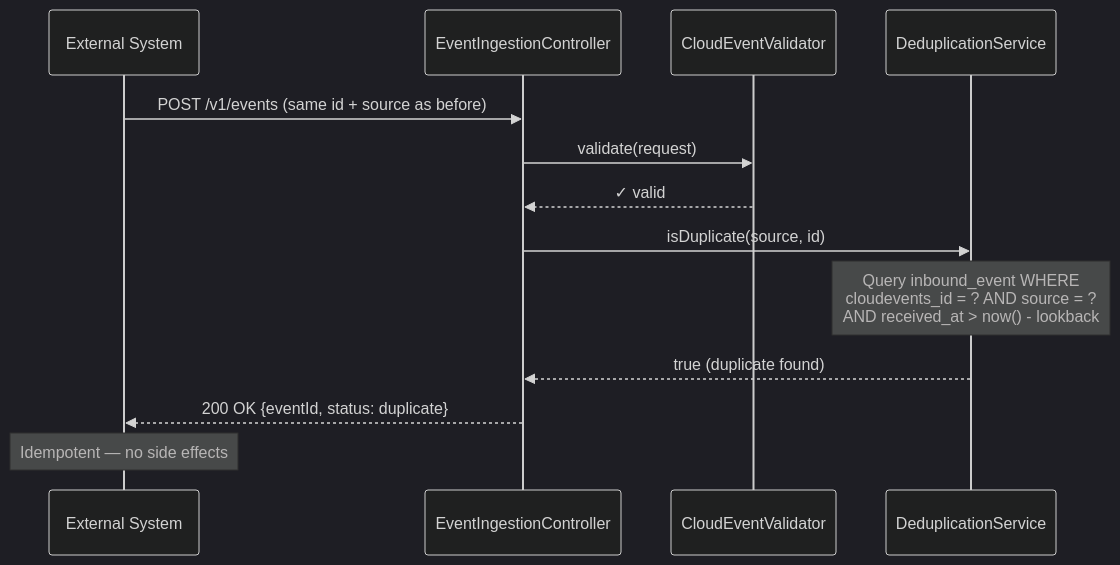
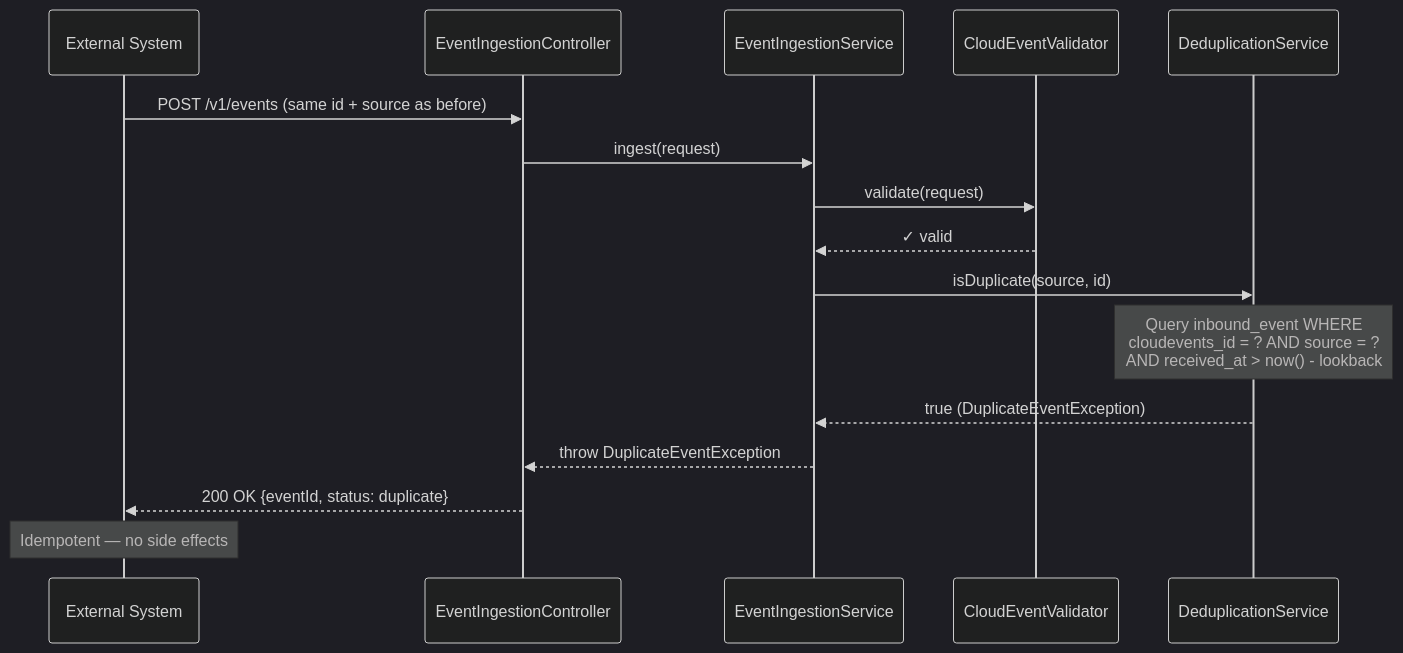
One commit to Jayaprakash8887/cce-collector-service changed the fourth of 7 diagrams in docs/flow-diagrams.md. Above: the diagram before and after it, drawn with Mermaid (dark theme). The commit also changed other lines of this file and 10 other files, not shown here.

````diff
--- a/docs/flow-diagrams.md
+++ b/docs/flow-diagrams.md
@@ -130,18 +135,21 @@
 ```mermaid
 sequenceDiagram
     participant Client as External System
     participant Controller as EventIngestionController
+    participant Service as EventIngestionService
     participant Validator as CloudEventValidator
     participant Dedup as DeduplicationService
 
     Client->>Controller: POST /v1/events (same id + source as before)
-    Controller->>Validator: validate(request)
-    Validator-->>Controller: ✓ valid
+    Controller->>Service: ingest(request)
+    Service->>Validator: validate(request)
+    Validator-->>Service: ✓ valid
 
-    Controller->>Dedup: isDuplicate(source, id)
+    Service->>Dedup: isDuplicate(source, id)
     Note over Dedup: Query inbound_event WHERE<br/>cloudevents_id = ? AND source = ?<br/>AND received_at > now() - lookback
-    Dedup-->>Controller: true (duplicate found)
+    Dedup-->>Service: true (DuplicateEventException)
 
+    Service-->>Controller: throw DuplicateEventException
     Controller-->>Client: 200 OK {eventId, status: duplicate}
     Note over Client: Idempotent — no side effects
 ```
````
